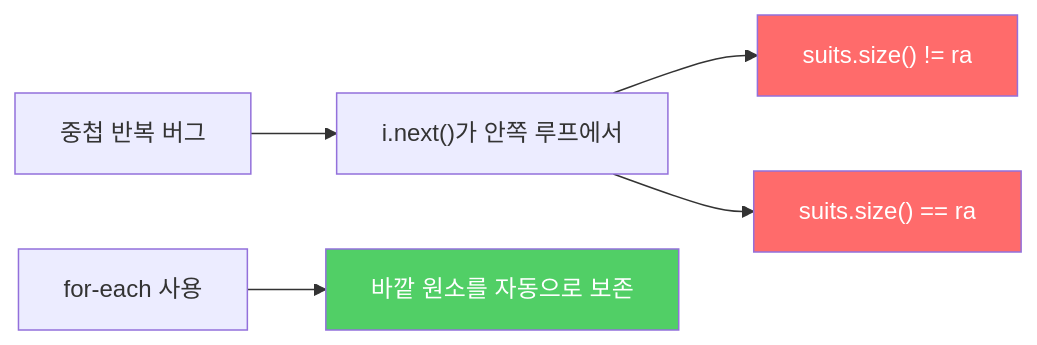
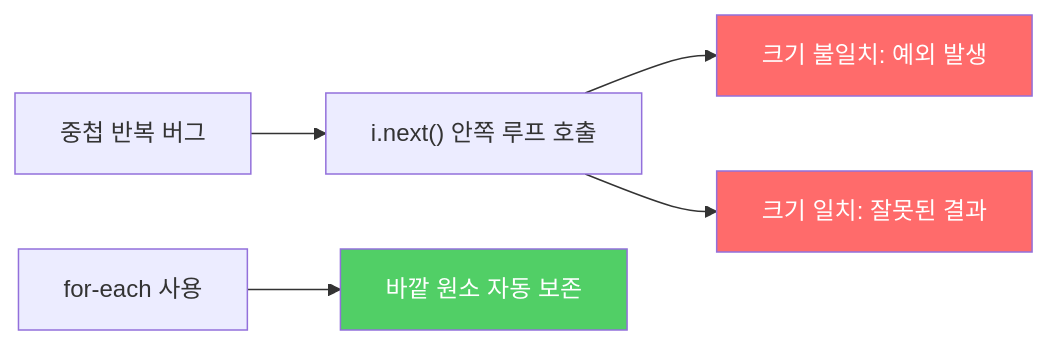
One commit to yjkim2015/yjkim2015.github.io changed the diagram in _posts/java/2022-02-12-effective-java58.md. Above: the diagram before and after it, drawn with Mermaid. The commit also changed 245 other files, not shown here.

First line of the commit message:
Mermaid 다이어그램 전면 수정 + 면접 포인트 접기/펼치기 + DB 데드락 페이지

````diff
--- a/_posts/java/2022-02-12-effective-java58.md
+++ b/_posts/java/2022-02-12-effective-java58.md
@@ -82,10 +82,10 @@
 ```mermaid
 graph LR
-    A["중첩 반복 버그"] --> B["i.next()가 안쪽 루프에서"]
-    B --> C["suits.size() != ra"]
-    B --> D["suits.size() == ra"]
-    E["for-each 사용"] --> F["바깥 원소를 자동으로 보존"]
+    A["중첩 반복 버그"] --> B["i.next() 안쪽 루프 호출"]
+    B --> C["크기 불일치: 예외 발생"]
+    B --> D["크기 일치: 잘못된 결과"]
+    E["for-each 사용"] --> F["바깥 원소 자동 보존"]
     style C fill:#ff6b6b,color:#fff
     style D fill:#ff6b6b,color:#fff
     style F fill:#51cf66,color:#fff
 ```
````
